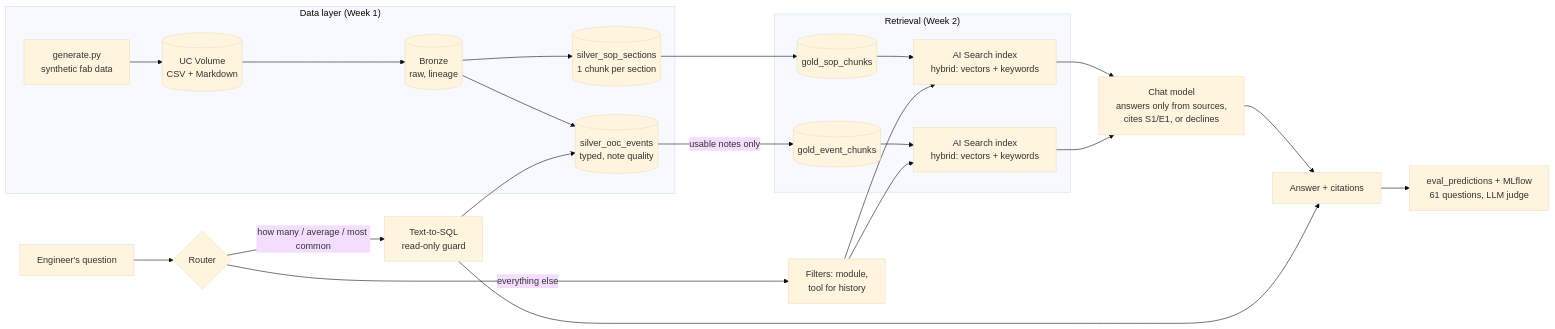
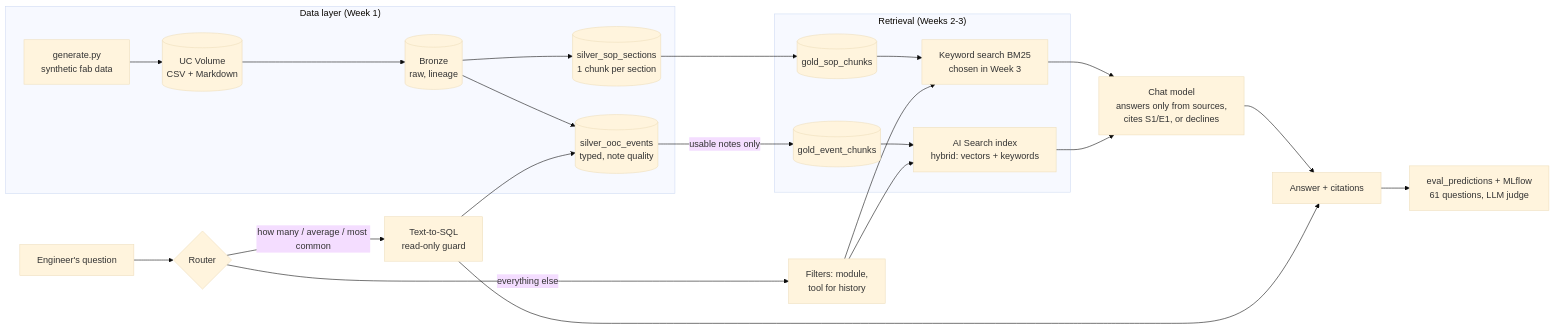
Before and after one commit to BensonAnalyst/fab-troubleshooting-assistant: the diagram in README.md, drawn with Mermaid (base theme). The commit also changed other lines of this file and 3 other files, not shown here.

````diff
--- a/README.md
+++ b/README.md
@@ -32,22 +35,22 @@
 ```mermaid
 flowchart LR
   subgraph Data["Data layer (Week 1)"]
     G[generate.py<br/>synthetic fab data] --> V[(UC Volume<br/>CSV + Markdown)]
     V --> B[(Bronze<br/>raw, lineage)]
     B --> S1[(silver_ooc_events<br/>typed, note quality)]
     B --> S2[(silver_sop_sections<br/>1 chunk per section)]
   end
-  subgraph Retrieval["Retrieval (Week 2)"]
+  subgraph Retrieval["Retrieval (Weeks 2-3)"]
     S1 -->|usable notes only| GE[(gold_event_chunks)]
     S2 --> GS[(gold_sop_chunks)]
     GE --> IE[AI Search index<br/>hybrid: vectors + keywords]
-    GS --> IS[AI Search index<br/>hybrid: vectors + keywords]
+    GS --> IS[Keyword search BM25<br/>chosen in Week 3]
   end
   Q[Engineer's question] --> RT{Router}
   RT -->|"how many / average / most common"| SQL[Text-to-SQL<br/>read-only guard] --> S1
   RT -->|everything else| F[Filters: module,<br/>tool for history] --> IS & IE
   IS & IE --> LLM[Chat model<br/>answers only from sources,<br/>cites S1/E1, or declines]
   LLM --> A[Answer + citations]
   SQL --> A
   A --> EV[eval_predictions + MLflow<br/>61 questions, LLM judge]
 ```
````
